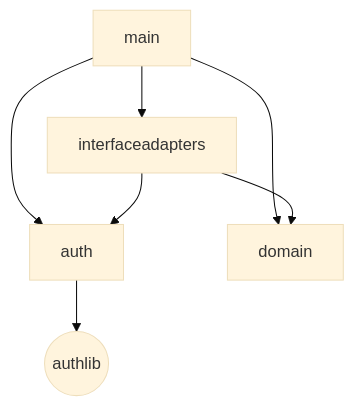
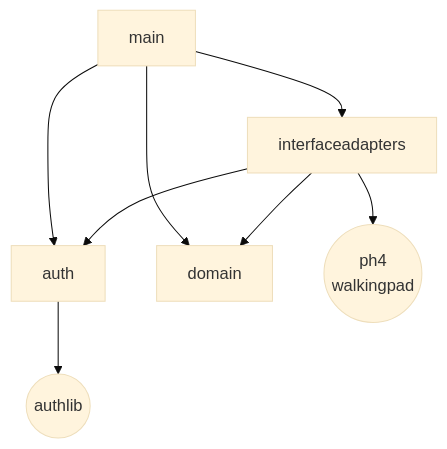
Before and after one commit to caarmen/walkingpad-fitbit: the first of 3 diagrams in docs/architecture.md, drawn with Mermaid (base theme). The commit also changed other lines of this file and 1 other file, not shown here.

````diff
--- a/docs/architecture.md
+++ b/docs/architecture.md
@@ -5,18 +5,20 @@
 ```mermaid
 flowchart TD
     main
     auth
     domain
     interfaceadapters
 
     authlib(("authlib"))
+    ph4_walkingpad(("ph4<br>walkingpad"))
 
     main --> auth
     main --> domain
     main --> interfaceadapters
 
     interfaceadapters --> domain
     interfaceadapters --> auth
 
+    interfaceadapters --> ph4_walkingpad
     auth --> authlib
 ```
````
